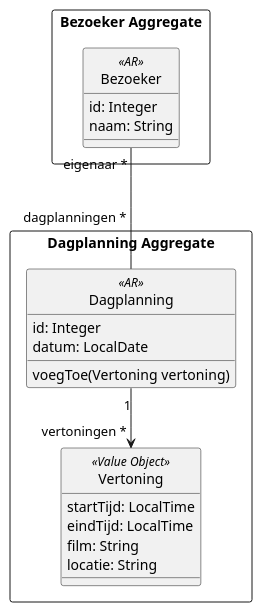
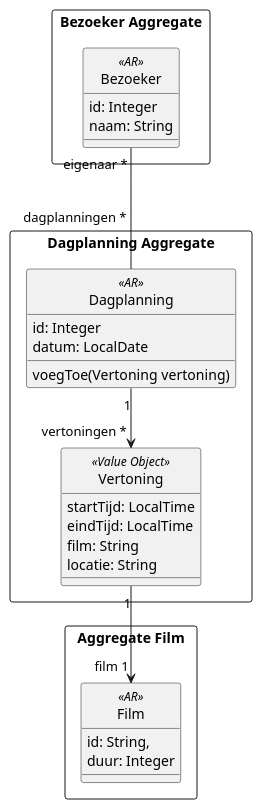
One commit to AIM-ENE/doex-opdracht-3 changed the diagram in weekopdracht/casusbeschrijving/klassendiagram-domein.puml. Above: the diagram before and after it, drawn with PlantUML. The commit also changed 1 other file, not shown here.

```diff
--- a/weekopdracht/casusbeschrijving/klassendiagram-domein.puml
+++ b/weekopdracht/casusbeschrijving/klassendiagram-domein.puml
@@ -1,37 +1,45 @@
 @startuml
 
 hide circle
 
 'left to right direction
 
 'skinparam linetype ortho
 'skinparam linetype polyline
 
 rectangle "Bezoeker Aggregate" {
     class Bezoeker <<AR>> {
         id: Integer
         naam: String
     }
 }
 
 rectangle "Dagplanning Aggregate" {
     class Dagplanning <<AR>> {
         id: Integer
         datum: LocalDate
         voegToe(Vertoning vertoning)
     }
 
     class Vertoning <<Value Object>> {
         startTijd: LocalTime
         eindTijd: LocalTime
         film: String
         locatie: String
     }
 }
 
+rectangle "Aggregate Film\n" {
+    class Film <<AR>> {
+        id: String,
+        duur: Integer
+
+}
+
 Bezoeker " eigenaar *" --- "dagplanningen *\n\n" Dagplanning
 
 Dagplanning "1" --> " vertoningen *" Vertoning
 
+Vertoning "1" --> "film 1" Film
 
 @enduml
```
